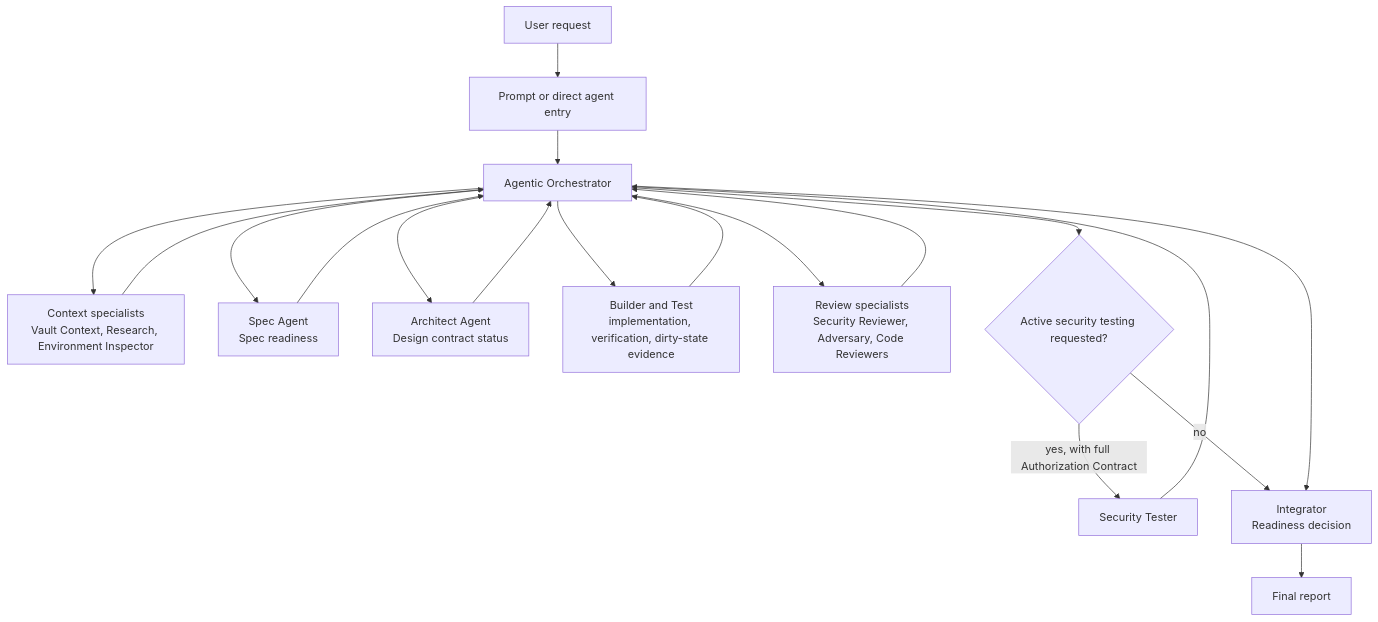
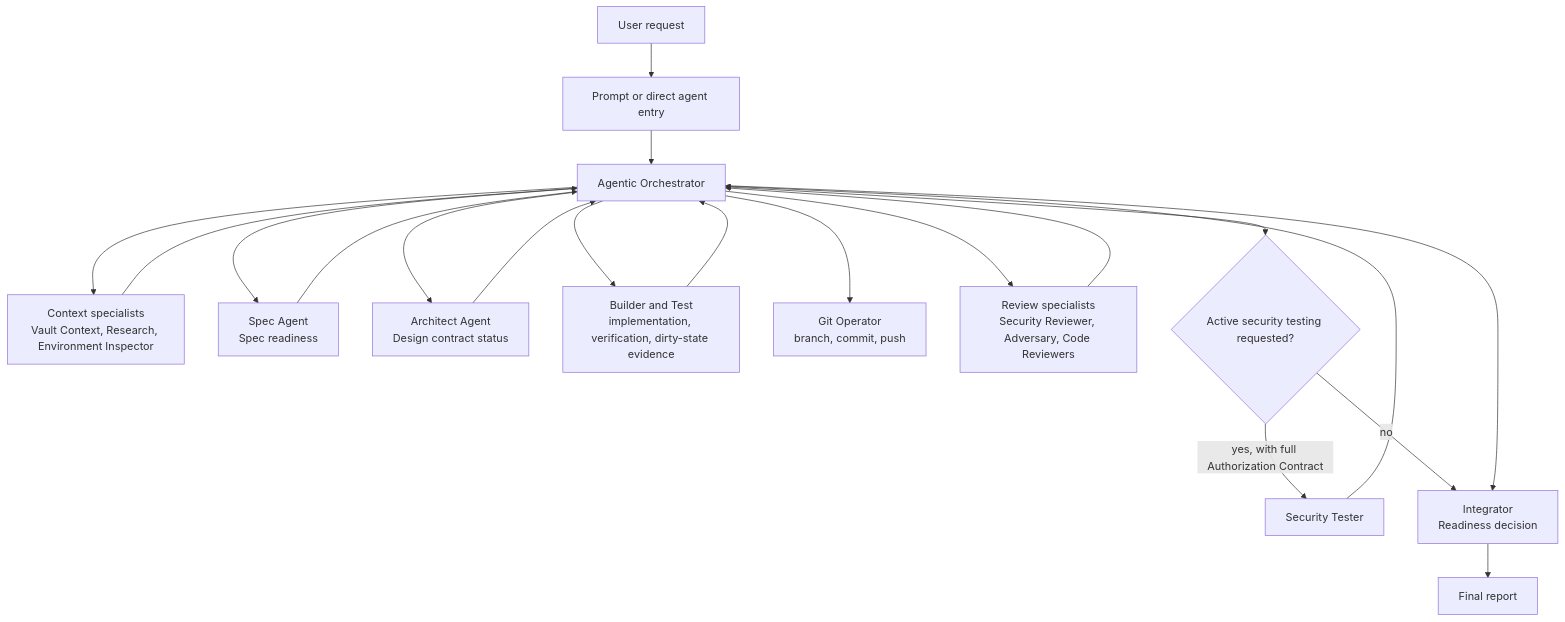
The second of 7 diagrams in agentic-engineering/docs/README.md (sjinks/agentic-engineering-pack), drawn with Mermaid before and after one commit. The commit also changed other lines of this file and 27 other files, not shown here.

````diff
--- a/agentic-engineering/docs/README.md
+++ b/agentic-engineering/docs/README.md
@@ -145,21 +147,22 @@
 ```mermaid
 graph TD
     User["User request"] --> Prompt["Prompt or direct agent entry"]
     Prompt --> Orchestrator["Agentic Orchestrator"]
     Orchestrator --> Context["Context specialists\nVault Context, Research, Environment Inspector"]
     Context --> Orchestrator
     Orchestrator --> Spec["Spec Agent\nSpec readiness"]
     Spec --> Orchestrator
     Orchestrator --> Architect["Architect Agent\nDesign contract status"]
     Architect --> Orchestrator
     Orchestrator --> BuildTest["Builder and Test\nimplementation, verification, dirty-state evidence"]
+    Orchestrator --> GitOperator["Git Operator\nbranch, commit, push"]
     BuildTest --> Orchestrator
     Orchestrator --> Review["Review specialists\nSecurity Reviewer, Adversary, Code Reviewers"]
     Review --> Orchestrator
     Orchestrator --> ActiveSecurity{"Active security testing requested?"}
     ActiveSecurity -->|"yes, with full Authorization Contract"| SecurityTester["Security Tester"]
     SecurityTester --> Orchestrator
     ActiveSecurity -->|"no"| Integrator
     Orchestrator --> Integrator["Integrator\nReadiness decision"]
     Integrator --> Result["Final report"]
 ```
````
